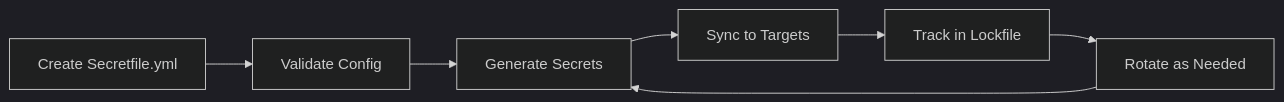
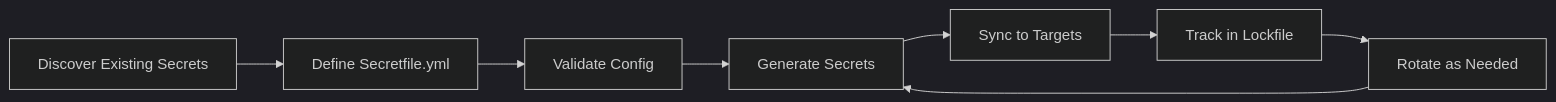
Before and after one commit to zloeber/SecretZero: the diagram in docs/getting-started/index.md, drawn with Mermaid (dark theme). The commit also changed other lines of this file and 8 other files, not shown here.

````diff
--- a/docs/getting-started/index.md
+++ b/docs/getting-started/index.md
@@ -75,9 +84,10 @@
 ```mermaid
 graph LR
-    A[Create Secretfile.yml] --> B[Validate Config]
-    B --> C[Generate Secrets]
-    C --> D[Sync to Targets]
-    D --> E[Track in Lockfile]
-    E --> F[Rotate as Needed]
-    F --> C
+    A[Discover Existing Secrets] --> B[Define Secretfile.yml]
+    B --> C[Validate Config]
+    C --> D[Generate Secrets]
+    D --> E[Sync to Targets]
+    E --> F[Track in Lockfile]
+    F --> G[Rotate as Needed]
+    G --> D
 ```
````
